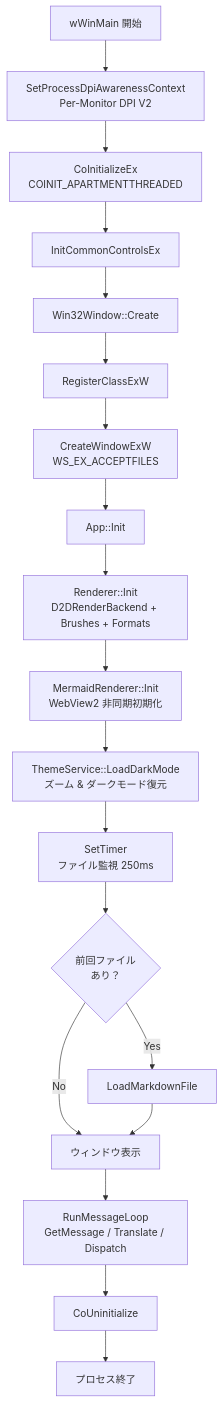
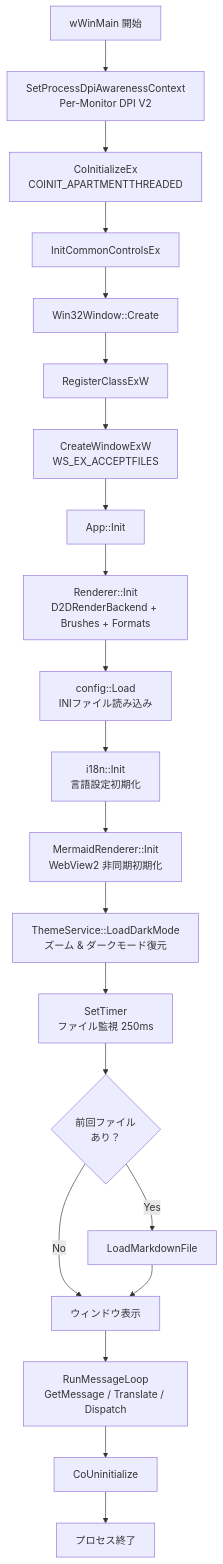
Diagram 18 of 28 in example/test.md (tanaton/mendo), drawn with Mermaid before and after one commit. The commit also changed other lines of this file, not shown here.

Commit message:
検索機能と国際化の実装、Mermaidファイルキャッシュの追加

````diff
--- a/example/test.md
+++ b/example/test.md
@@ -1680,23 +2010,25 @@
 ```mermaid
 flowchart TD
     START[wWinMain 開始] --> DPI[SetProcessDpiAwarenessContext<br>Per-Monitor DPI V2]
     DPI --> COM[CoInitializeEx<br>COINIT_APARTMENTTHREADED]
     COM --> ICC[InitCommonControlsEx]
     ICC --> CREATE[Win32Window::Create]
 
     CREATE --> REG[RegisterClassExW]
     REG --> WND[CreateWindowExW<br>WS_EX_ACCEPTFILES]
     WND --> INIT[App::Init]
     INIT --> D2D[Renderer::Init<br>D2DRenderBackend + Brushes + Formats]
-    D2D --> MERM[MermaidRenderer::Init<br>WebView2 非同期初期化]
+    D2D --> CFGLOAD[config::Load<br>INIファイル読み込み]
+    CFGLOAD --> I18NINIT[i18n::Init<br>言語設定初期化]
+    I18NINIT --> MERM[MermaidRenderer::Init<br>WebView2 非同期初期化]
     MERM --> CFG[ThemeService::LoadDarkMode<br>ズーム & ダークモード復元]
     CFG --> TIMER[SetTimer<br>ファイル監視 250ms]
     TIMER --> LAST{前回ファイル<br>あり？}
     LAST -->|Yes| LOAD[LoadMarkdownFile]
     LAST -->|No| SHOW[ウィンドウ表示]
     LOAD --> SHOW
 
     SHOW --> LOOP[RunMessageLoop<br>GetMessage / Translate / Dispatch]
     LOOP --> EXIT[CoUninitialize]
     EXIT --> END[プロセス終了]
 ```
````
